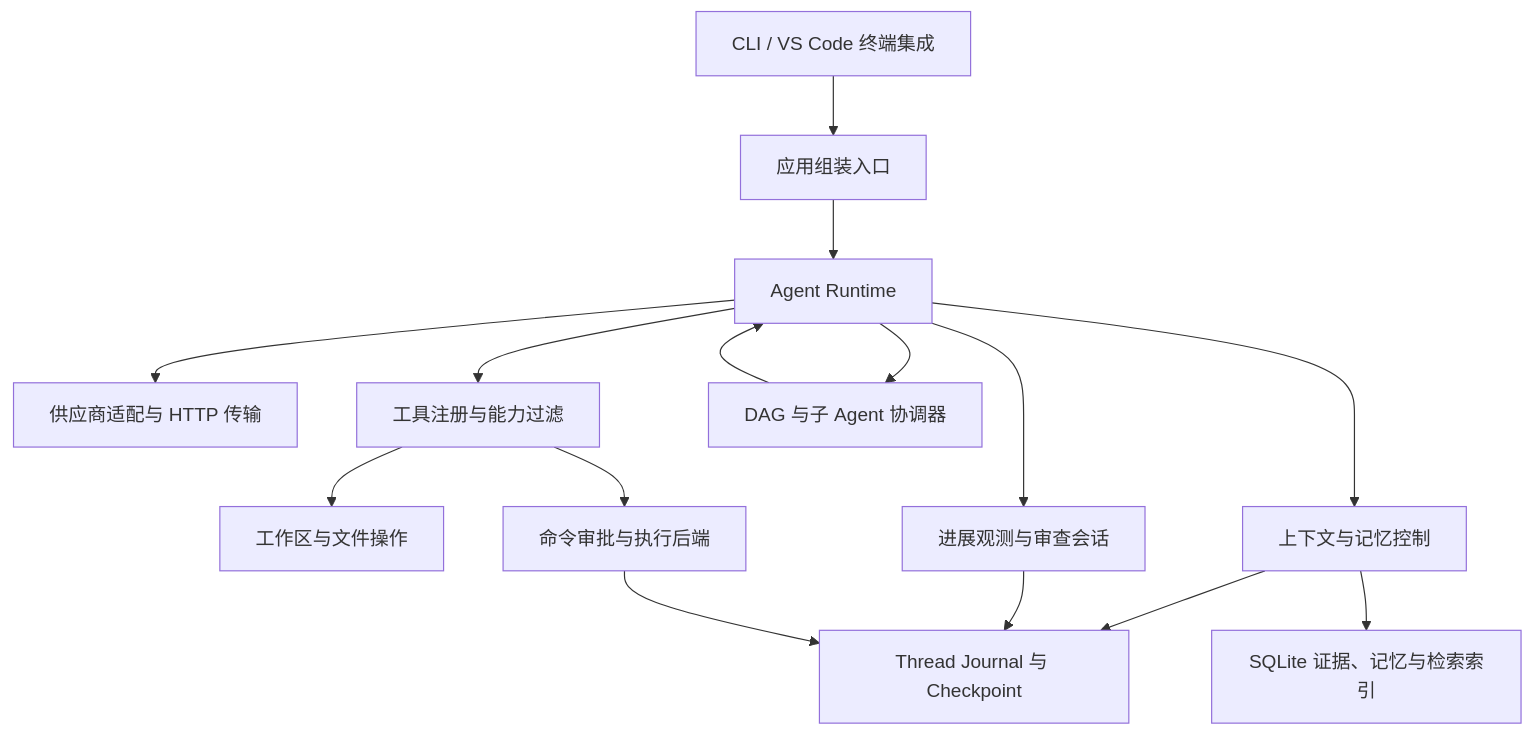
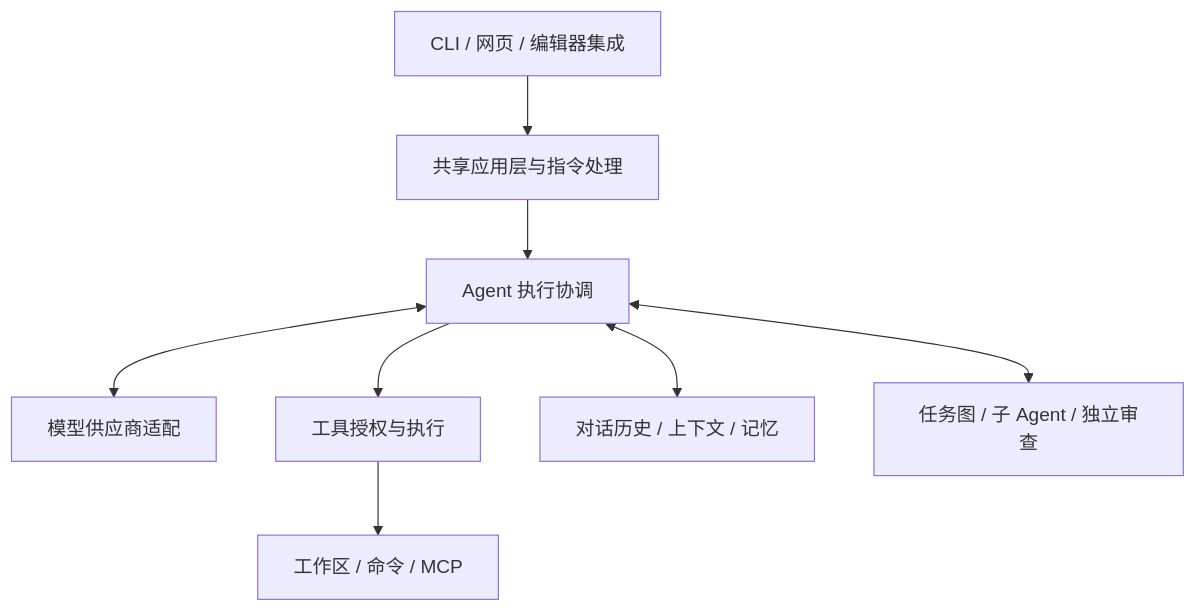
One commit to dd1000001000/EASY_CODE changed the diagram in docs/TECHNICAL_DESIGN_ZH.md. Above: the diagram before and after it, drawn with Mermaid. The commit also changed other lines of this file and 3 other files, not shown here.

````diff
--- a/docs/TECHNICAL_DESIGN_ZH.md
+++ b/docs/TECHNICAL_DESIGN_ZH.md
@@ -13,17 +23,10 @@
 ```mermaid
 flowchart TD
-    U[CLI / VS Code 终端集成] --> A[应用组装入口]
-    A --> R[Agent Runtime]
-    R --> P[供应商适配与 HTTP 传输]
-    R --> T[工具注册与能力过滤]
-    T --> F[工作区与文件操作]
-    T --> C[命令审批与执行后端]
-    R --> M[上下文与记忆控制]
-    M --> J[Thread Journal 与 Checkpoint]
-    M --> DB[SQLite 证据、记忆与检索索引]
-    R --> O[DAG 与子 Agent 协调器]
-    O --> R
-    R --> G[进展观测与审查会话]
-    G --> J
-    C --> J
+    UI[CLI / 网页 / 编辑器集成] --> APP[共享应用层与指令处理]
+    APP --> RUN[Agent 执行协调]
+    RUN <--> MODEL[模型供应商适配]
+    RUN --> TOOL[工具授权与执行]
+    TOOL --> WORK[工作区 / 命令 / MCP]
+    RUN <--> DATA[对话历史 / 上下文 / 记忆]
+    RUN <--> TEAM[任务图 / 子 Agent / 独立审查]
 ```
````
